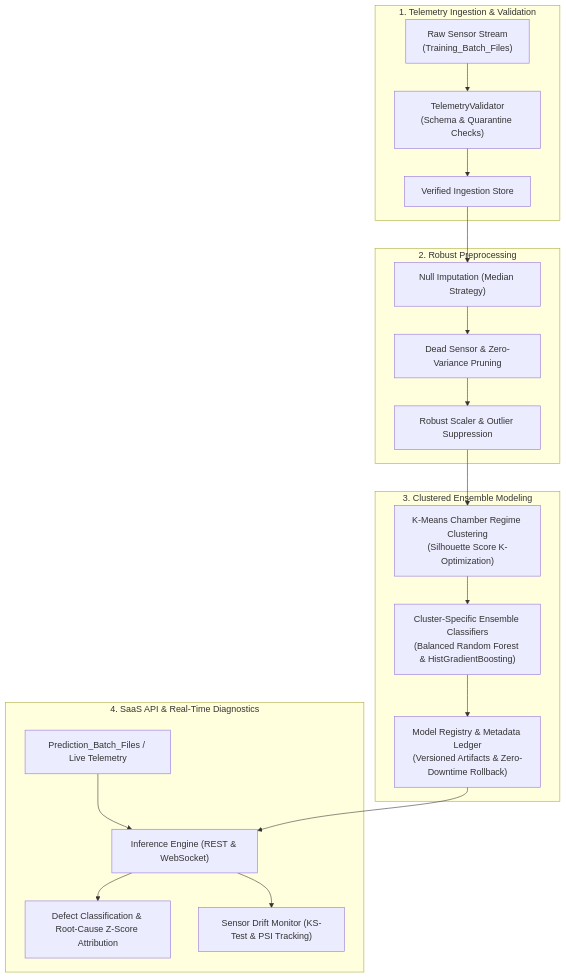
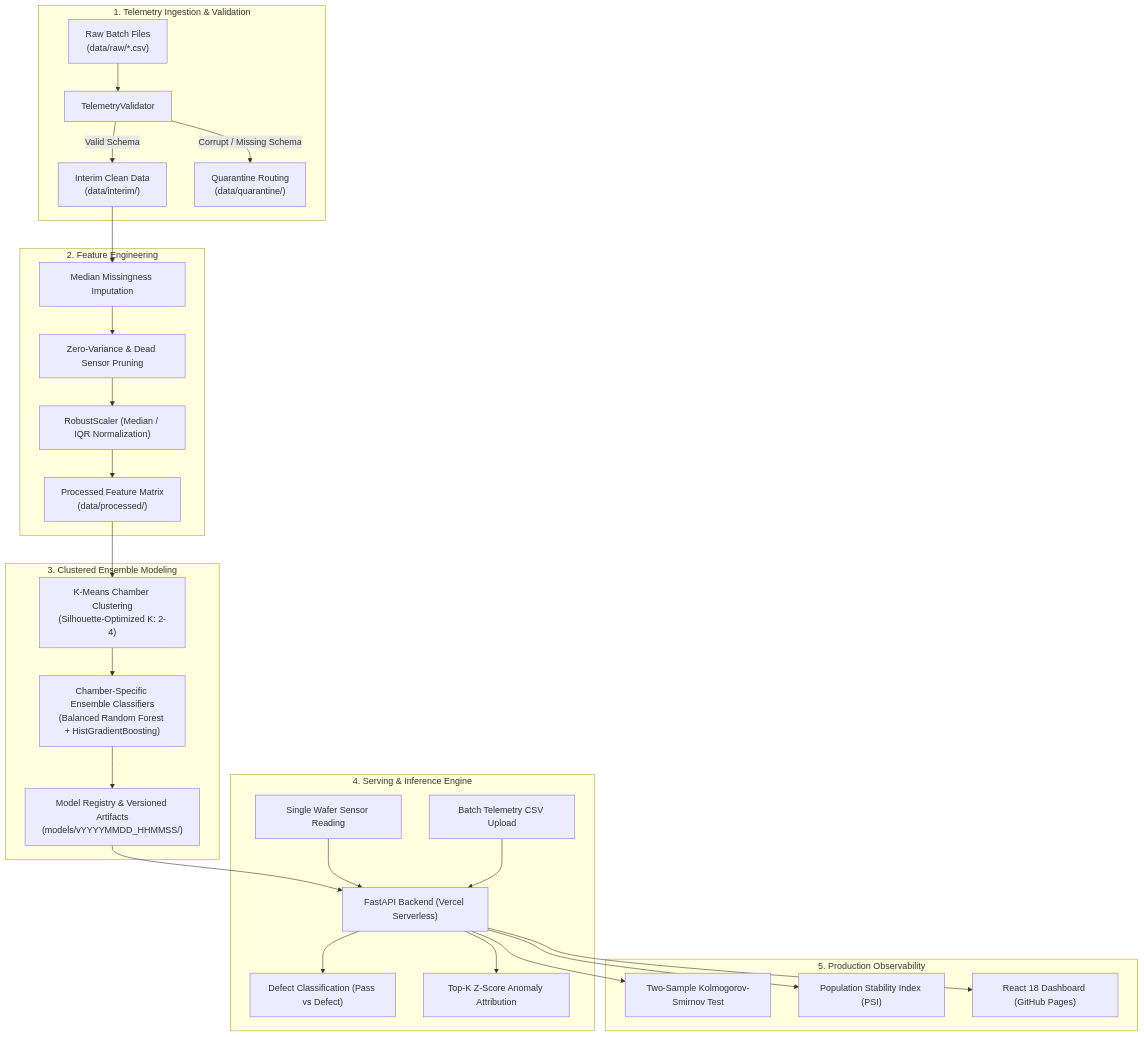
Before and after one commit to krishujeniya/WaferPulse: the diagram in README.md, drawn with Mermaid. The commit also changed other lines of this file, not shown here.

Commit message:
docs: modernize README with Cookiecutter architecture, live URLs, and API specifications

````diff
--- a/README.md
+++ b/README.md
@@ -26,26 +26,35 @@
 ```mermaid
 flowchart TD
     subgraph Ingestion["1. Telemetry Ingestion & Validation"]
-        A1["Raw Sensor Stream<br/>(Training_Batch_Files)"] --> A2["TelemetryValidator<br/>(Schema & Quarantine Checks)"]
-        A2 --> A3["Verified Ingestion Store"]
+        A1["Raw Batch Files<br/>(data/raw/*.csv)"] --> A2["TelemetryValidator"]
+        A2 -->|Valid Schema| A3["Interim Clean Data<br/>(data/interim/)"]
+        A2 -->|Corrupt / Missing Schema| A4["Quarantine Routing<br/>(data/quarantine/)"]
     end
 
-    subgraph FeatureEngineering["2. Robust Preprocessing"]
-        A3 --> B1["Null Imputation (Median Strategy)"]
-        B1 --> B2["Dead Sensor & Zero-Variance Pruning"]
-        B2 --> B3["Robust Scaler & Outlier Suppression"]
+    subgraph Preprocessing["2. Feature Engineering"]
+        A3 --> B1["Median Missingness Imputation"]
+        B1 --> B2["Zero-Variance & Dead Sensor Pruning"]
+        B2 --> B3["RobustScaler (Median / IQR Normalization)"]
+        B3 --> B4["Processed Feature Matrix<br/>(data/processed/)"]
     end
 
     subgraph Modeling["3. Clustered Ensemble Modeling"]
-        B3 --> C1["K-Means Chamber Regime Clustering<br/>(Silhouette Score K-Optimization)"]
-        C1 --> C2["Cluster-Specific Ensemble Classifiers<br/>(Balanced Random Forest & HistGradientBoosting)"]
-        C2 --> C3["Model Registry & Metadata Ledger<br/>(Versioned Artifacts & Zero-Downtime Rollback)"]
+        B4 --> C1["K-Means Chamber Clustering<br/>(Silhouette-Optimized K: 2-4)"]
+        C1 --> C2["Chamber-Specific Ensemble Classifiers<br/>(Balanced Random Forest + HistGradientBoosting)"]
+        C2 --> C3["Model Registry & Versioned Artifacts<br/>(models/vYYYYMMDD_HHMMSS/)"]
     end
 
-    subgraph Serving["4. SaaS API & Real-Time Diagnostics"]
-        D1["Prediction_Batch_Files / Live Telemetry"] --> D2["Inference Engine (REST & WebSocket)"]
-        C3 --> D2
-        D2 --> D3["Defect Classification & Root-Cause Z-Score Attribution"]
-        D2 --> D4["Sensor Drift Monitor (KS-Test & PSI Tracking)"]
+    subgraph Serving["4. Serving & Inference Engine"]
+        C3 --> D1["FastAPI Backend (Vercel Serverless)"]
+        D2["Single Wafer Sensor Reading"] --> D1
+        D3["Batch Telemetry CSV Upload"] --> D1
+        D1 --> D4["Defect Classification (Pass vs Defect)"]
+        D1 --> D5["Top-K Z-Score Anomaly Attribution"]
+    end
+
+    subgraph Observability["5. Production Observability"]
+        D1 --> E1["Two-Sample Kolmogorov-Smirnov Test"]
+        D1 --> E2["Population Stability Index (PSI)"]
+        D1 --> E3["React 18 Dashboard (GitHub Pages)"]
     end
 ```
````
